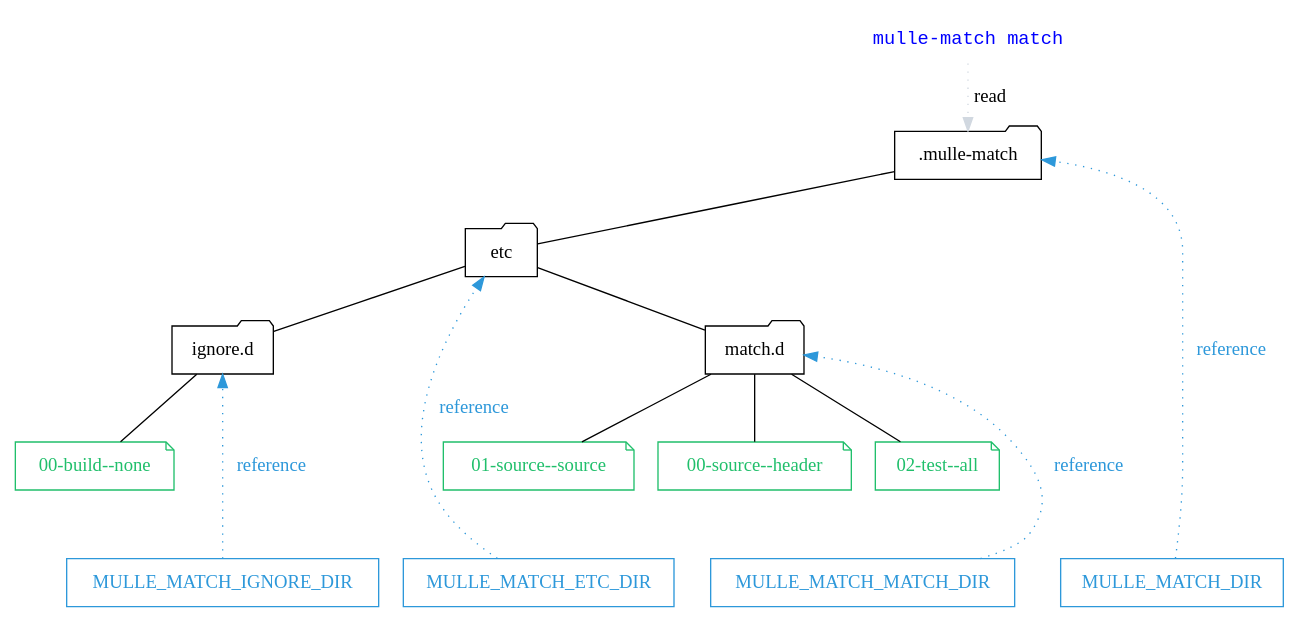
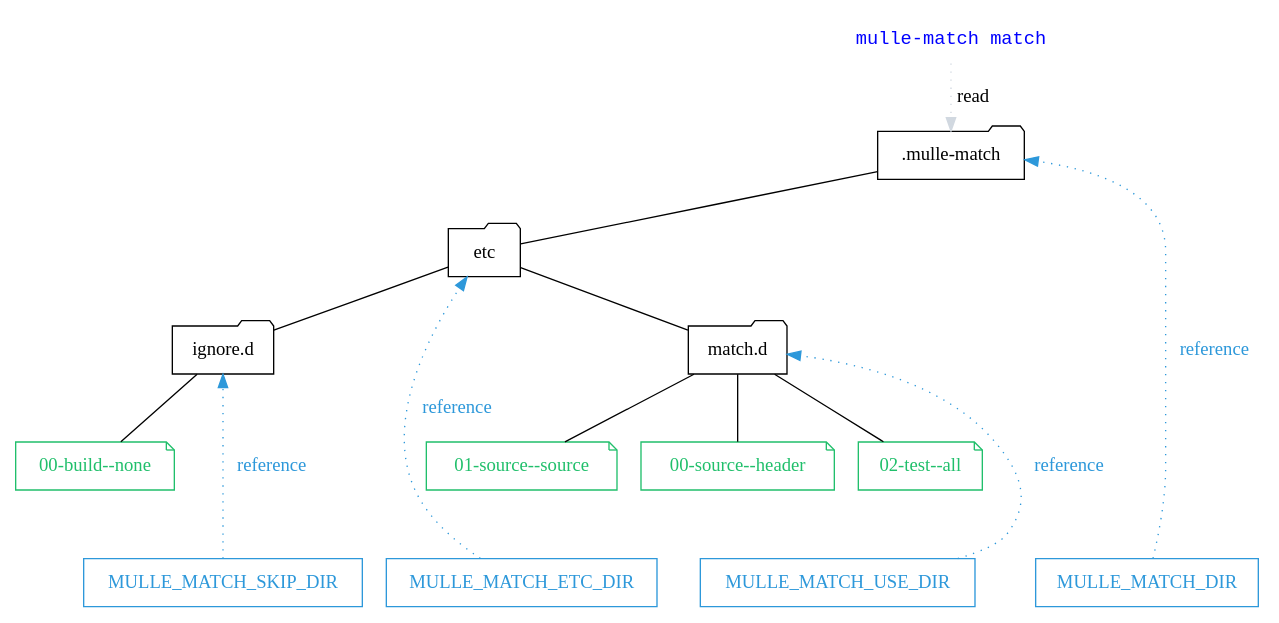
Before and after one commit to mulle-sde/mulle-match: the diagram in dox/mulle-match-match-fs.dot, drawn with Graphviz. The commit also changed 17 other files, not shown here.

```diff
--- a/dox/mulle-match-match-fs.dot
+++ b/dox/mulle-match-match-fs.dot
@@ -1,68 +1,68 @@
 digraph G {
     graph [rankdir = TD];
 
     "mulle-match match" [ shape="none", fontcolor="blue", fontname="monospace"]
 
     node[ shape=folder ];
 
     { rank = "same"; "mulle-match match" };
     { rank = "same"; ".mulle-match"  };
 
 
     edge[ arrowhead="none" ];
 
     "match.d"         [ shape="folder", label="match.d" ]
 
     node[shape=note, color="#20bf6b", fontcolor="#20bf6b"];
 
     { rank = "same"; "match.d", "ignore2" };
 
     { rank = "same"; "s_source", "s_header", "s_test", "s_build"  };
 
     "s_header"        [ label="00-source--header"]
     "s_source"        [ label="01-source--source"]
     "s_test"          [ label="02-test--all"]
     "s_build"         [ label="00-build--none"]
 
     node[shape=folder, color="black", fontcolor="black"];
 
     ".mulle-match"     -> "etc"
     "etc"                -> "match.d"
 
     "match.d"            -> "s_header"
     "match.d"            -> "s_source"
     "match.d"            -> "s_test"
 
     "etc"                -> "ignore2"
 
     node[ shape=note, color="#d1d8e0", fontcolor="#d1d8e0"];
     edge[ arrowhead="none", color="#d1d8e0" ];
     "ignore2"         [ shape="folder", label="ignore.d", color="black", fontcolor="black" ]
 
     "s_header"        [ label="00-source--header"]
     "s_source"        [ label="01-source--source"]
     "s_test"          [ label="02-test--all"]
 
     { rank = "same"; "s_source", "s_header", "s_test" };
 
     "ignore2"  -> "s_build" [ color="black" ]
 
     edge[ arrowhead="", style="dotted" ];
 
     "mulle-match match" -> ".mulle-match"  [ label="read" ]
 
     node[ shape=record, color="#2d98da", fontcolor="#2d98da"];
     edge[ arrowhead="", color="#2d98da", fontcolor="#2d98da", style="dotted", label=" reference" ];
 
-    { rank = "same"; "MULLE_MATCH_ETC_DIR", "MULLE_MATCH_MATCH_DIR", "MULLE_MATCH_DIR", "MULLE_MATCH_IGNORE_DIR" };
+    { rank = "same"; "MULLE_MATCH_ETC_DIR", "MULLE_MATCH_USE_DIR", "MULLE_MATCH_DIR", "MULLE_MATCH_SKIP_DIR" };
 
     "s_source" -> "MULLE_MATCH_DIR"        [ style="invis" ]
     "s_source" -> "MULLE_MATCH_ETC_DIR"    [ style="invis" ]
-    "s_source" -> "MULLE_MATCH_MATCH_DIR"  [ style="invis" ]
+    "s_source" -> "MULLE_MATCH_USE_DIR"  [ style="invis" ]
 
 
-    "MULLE_MATCH_MATCH_DIR"  -> "match.d"
+    "MULLE_MATCH_USE_DIR"  -> "match.d"
     "MULLE_MATCH_DIR"        -> ".mulle-match"
     "MULLE_MATCH_ETC_DIR"    -> "etc"
-    "MULLE_MATCH_IGNORE_DIR" -> "ignore2"
+    "MULLE_MATCH_SKIP_DIR" -> "ignore2"
 }
```
